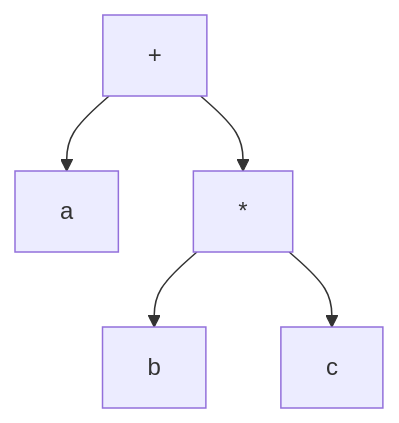
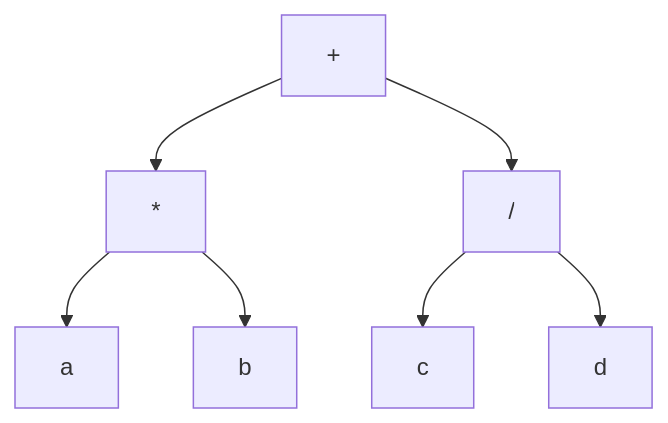
Before and after one commit to djaimej/computer-science-template: the diagram in public/documents/semester-7/1/7132.md, drawn with Mermaid. The commit also changed other lines of this file and 6 other files, not shown here.

````diff
--- a/public/documents/semester-7/1/7132.md
+++ b/public/documents/semester-7/1/7132.md
@@ -134,7 +51,9 @@
 ```mermaid
-graph TD
-    Plus[+] --> A[a]
-    Plus --> Multiply[*]
-    Multiply --> B[b]
-    Multiply --> C[c]
+flowchart TD
+    S["+"] --> M["*"]
+    S --> D["/"]
+    M --> A["a"]
+    M --> B["b"]
+    D --> C["c"]
+    D --> X["d"]
 ```
````
